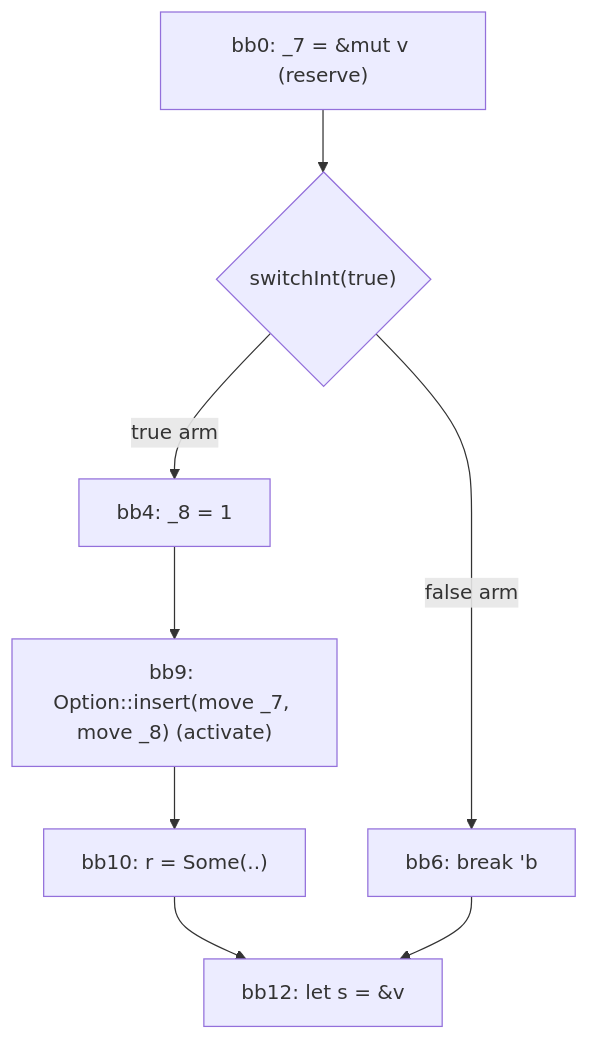
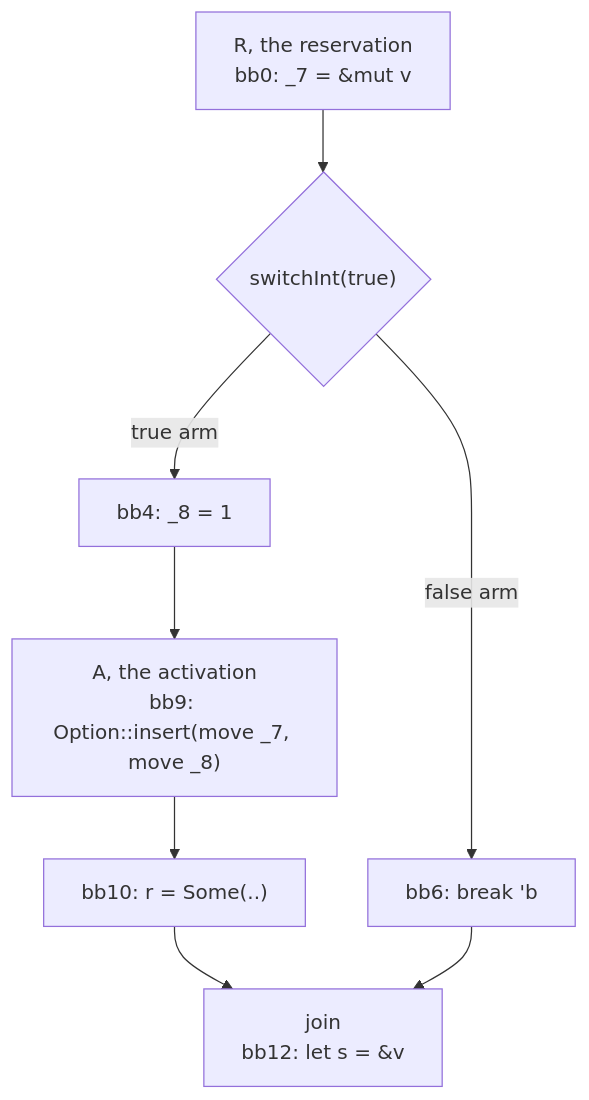
One commit to hiraditya/hiraditya.github.io changed the second of 3 diagrams in _posts/2026-10-16-sequence-points-are-about-dominance.md. Above: the diagram before and after it, drawn with Mermaid. The commit also changed other lines of this file, not shown here.

First line of the commit message:
Sequence points post: link bug references, label R and A, split the costs section

````diff
--- a/_posts/2026-10-16-sequence-points-are-about-dominance.md
+++ b/_posts/2026-10-16-sequence-points-are-about-dominance.md
@@ -203,10 +203,10 @@
 ```mermaid
 graph TD
-  R["bb0: _7 = &mut v (reserve)"] --> M{"switchInt(true)"}
+  R["R, the reservation<br/>bb0: _7 = &mut v"] --> M{"switchInt(true)"}
   M -->|"true arm"| T["bb4: _8 = 1"]
   M -->|"false arm"| B["bb6: break 'b"]
-  T --> A["bb9: Option::insert(move _7, move _8) (activate)"]
+  T --> A["A, the activation<br/>bb9: Option::insert(move _7, move _8)"]
   A --> W["bb10: r = Some(..)"]
-  W --> J["bb12: let s = &v"]
+  W --> J["join<br/>bb12: let s = &v"]
   B --> J
 ```
````
